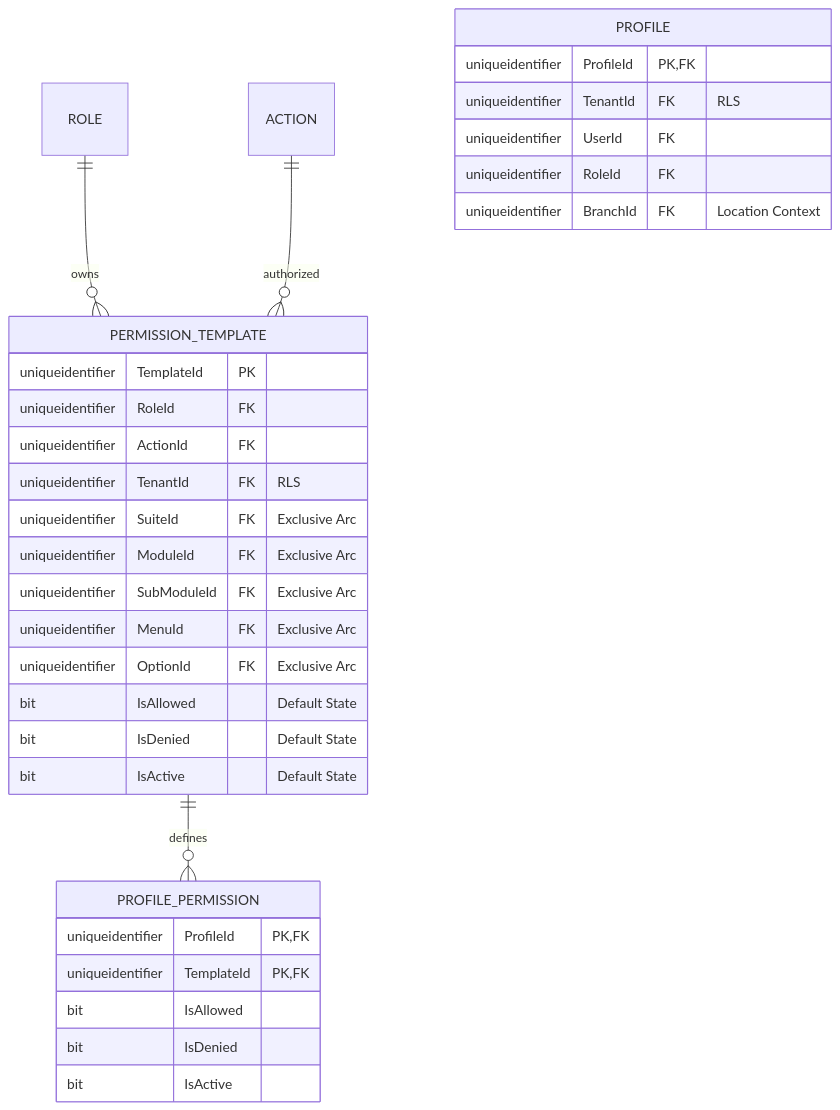
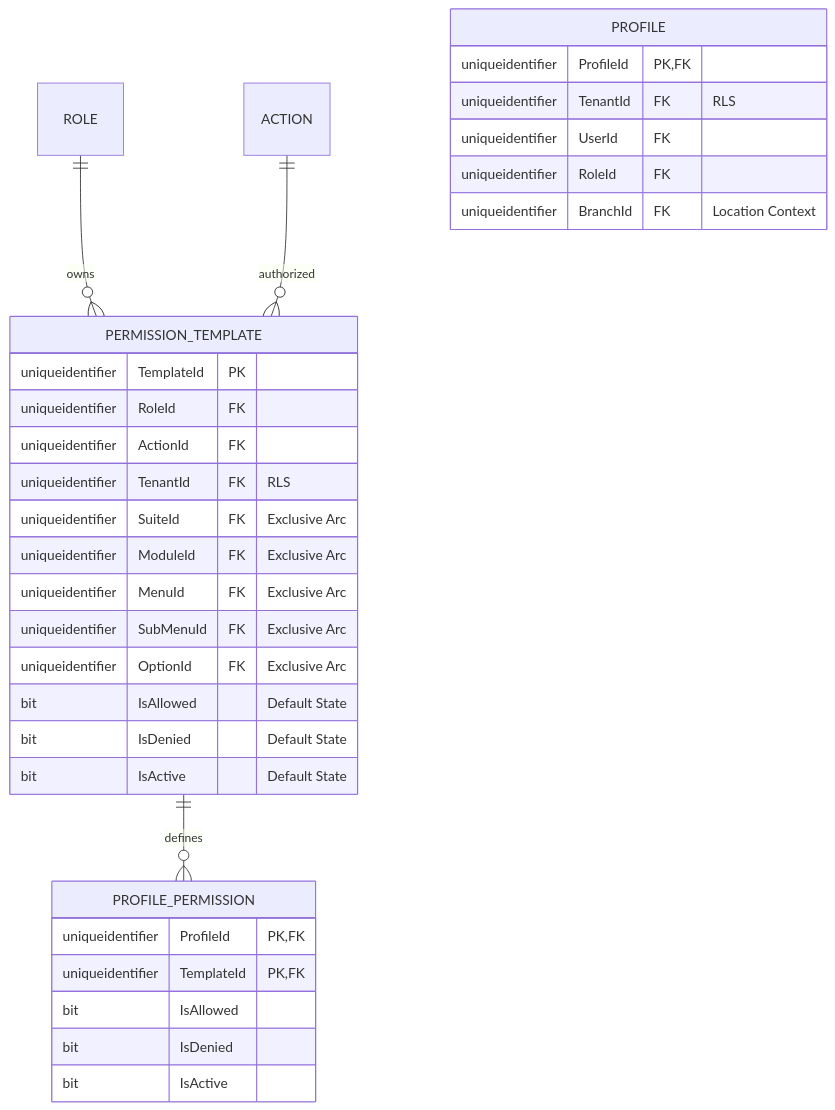
The second of 4 diagrams in docs/architecture/blueprints/database-design-er.md (beyondnetcode/ums), drawn with Mermaid before and after one commit. The commit also changed other lines of this file and 1 other file, not shown here.

Commit message:
docs: finalize hierarchy as System-Module-Menu-SubMenu-Option and cleanup intro text

````diff
--- a/docs/architecture/blueprints/database-design-er.md
+++ b/docs/architecture/blueprints/database-design-er.md
@@ -70,37 +69,37 @@
 ```mermaid
 erDiagram
     ROLE ||--o{ PERMISSION_TEMPLATE : "owns"
     PERMISSION_TEMPLATE ||--o{ PROFILE_PERMISSION : "defines"
     ACTION ||--o{ PERMISSION_TEMPLATE : "authorized"
     
     PERMISSION_TEMPLATE {
         uniqueidentifier TemplateId PK
         uniqueidentifier RoleId FK
         uniqueidentifier ActionId FK
         uniqueidentifier TenantId FK "RLS"
         uniqueidentifier SuiteId FK "Exclusive Arc"
         uniqueidentifier ModuleId FK "Exclusive Arc"
-        uniqueidentifier SubModuleId FK "Exclusive Arc"
         uniqueidentifier MenuId FK "Exclusive Arc"
+        uniqueidentifier SubMenuId FK "Exclusive Arc"
         uniqueidentifier OptionId FK "Exclusive Arc"
         bit IsAllowed "Default State"
         bit IsDenied "Default State"
         bit IsActive "Default State"
     }
     
     PROFILE {
         uniqueidentifier ProfileId PK, FK
         uniqueidentifier TenantId FK "RLS"
         uniqueidentifier UserId FK
         uniqueidentifier RoleId FK
         uniqueidentifier BranchId FK "Location Context"
     }
     
     PROFILE_PERMISSION {
         uniqueidentifier ProfileId PK, FK
         uniqueidentifier TemplateId PK, FK
         bit IsAllowed
         bit IsDenied
         bit IsActive
     }
 ```
````
